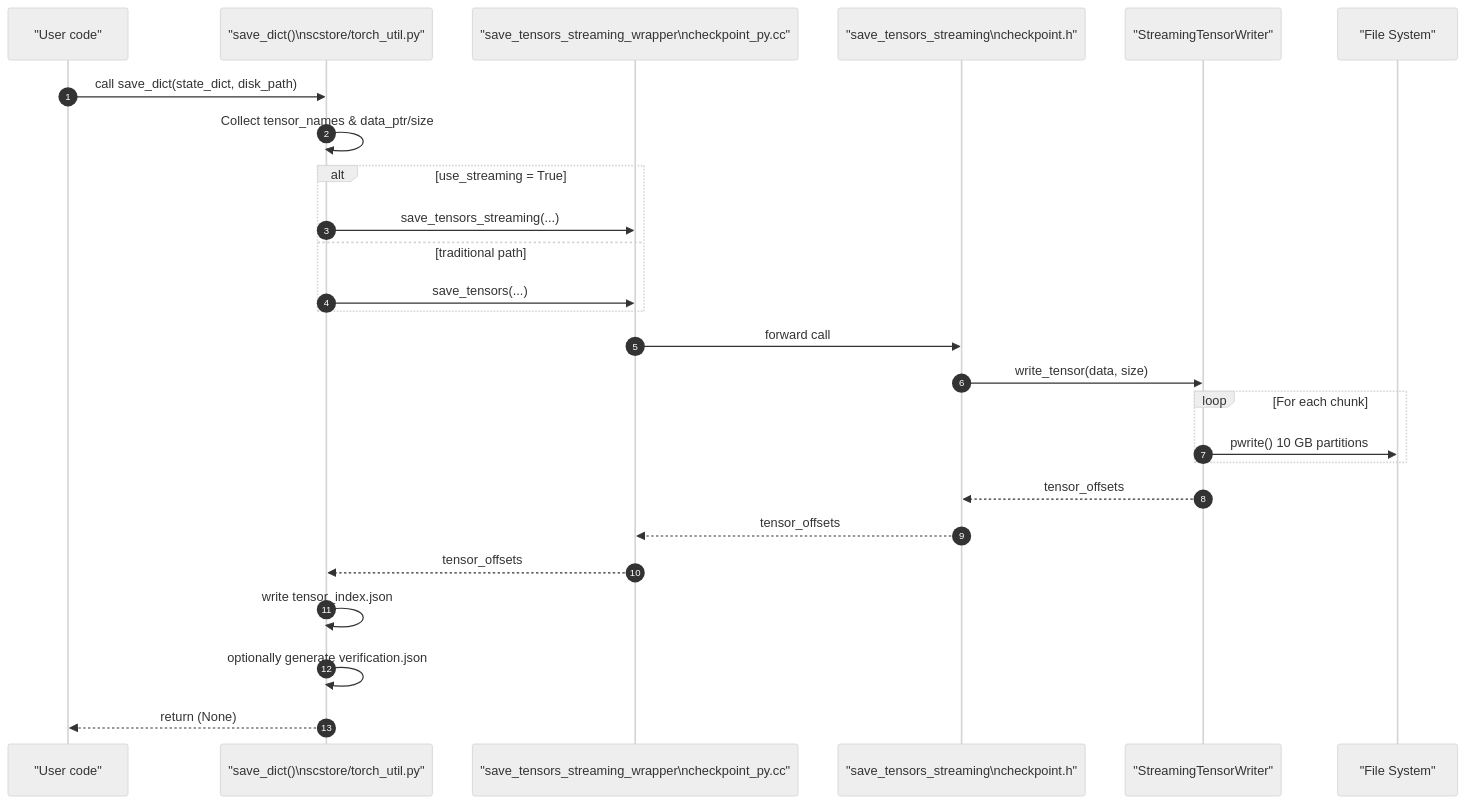
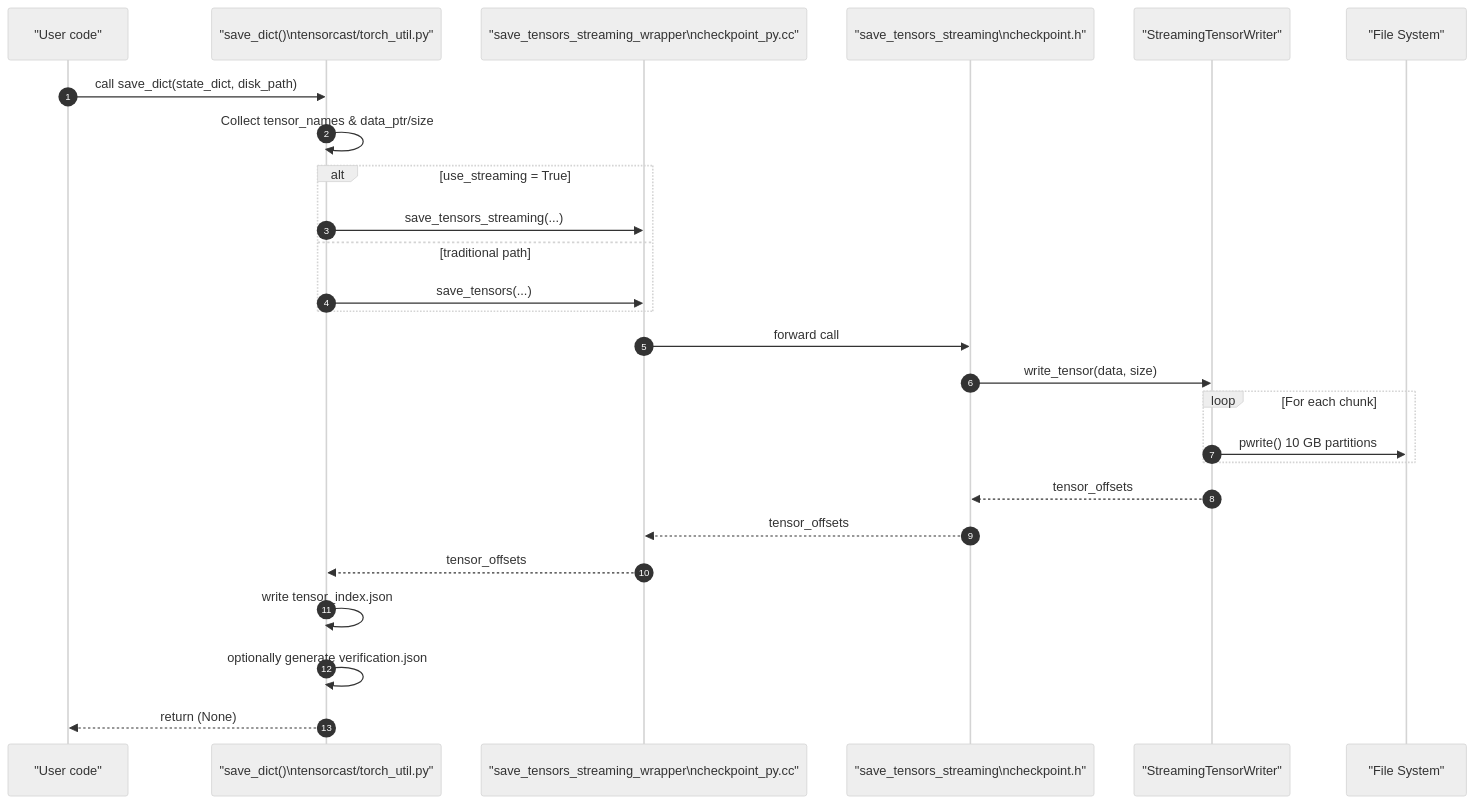
Before and after one commit to tensorcast-ai/tensorcast: the diagram in web-docs/docs/developer-guides/internals/save_dict_flow.md, drawn with Mermaid (neutral theme). The commit also changed other lines of this file and 283 other files, not shown here.

````diff
--- a/web-docs/docs/developer-guides/internals/save_dict_flow.md
+++ b/web-docs/docs/developer-guides/internals/save_dict_flow.md
@@ -37,29 +37,29 @@
 ```mermaid
 sequenceDiagram
     autonumber
     participant U as "User code"
-    participant PY as "save_dict()\nscstore/torch_util.py"
+    participant PY as "save_dict()\ntensorcast/torch_util.py"
     participant CPP as "save_tensors_streaming_wrapper\ncheckpoint_py.cc"
     participant API as "save_tensors_streaming\ncheckpoint.h"
     participant TW as "StreamingTensorWriter"
     participant FS as "File System"
 
     U->>PY: call save_dict(state_dict, disk_path)
     PY->>PY: Collect tensor_names & data_ptr/size
     alt use_streaming = True
         PY->>CPP: save_tensors_streaming(...)
     else traditional path
         PY->>CPP: save_tensors(...)
     end
     CPP->>API: forward call
     API->>TW: write_tensor(data, size)
     loop For each chunk
         TW->>FS: pwrite() 10 GB partitions
     end
     TW-->>API: tensor_offsets
     API-->>CPP: tensor_offsets
     CPP-->>PY: tensor_offsets
     PY->>PY: write tensor_index.json
     PY->>PY: optionally generate verification.json
     PY-->>U: return (None)
 ```
````
